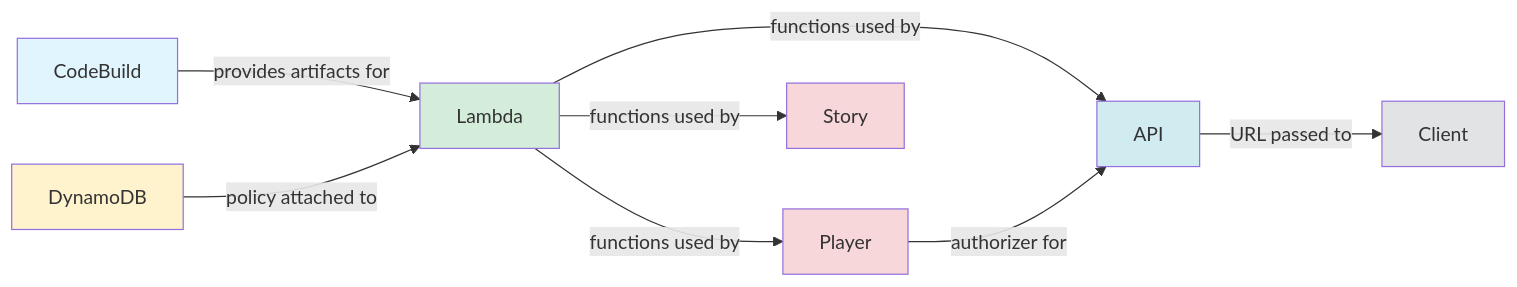
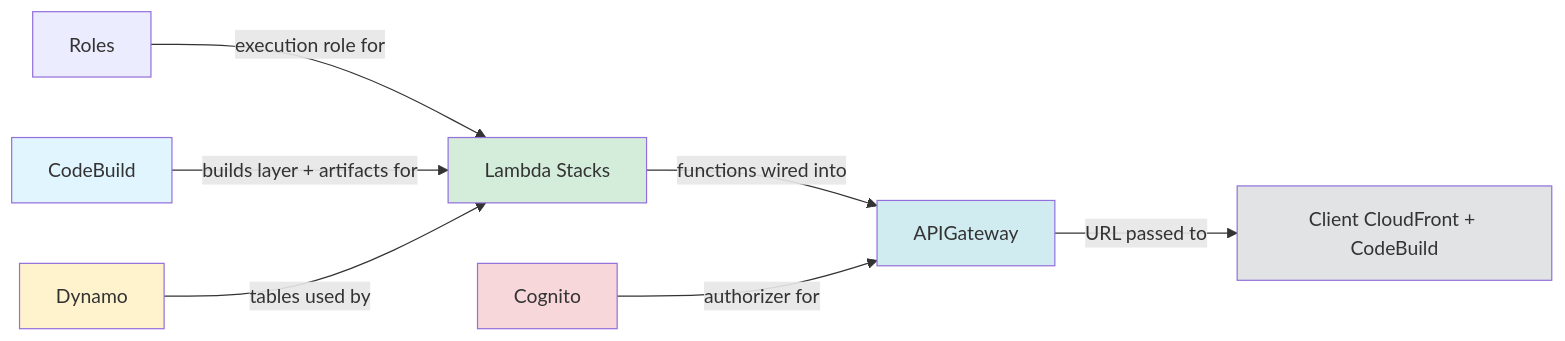
Before and after one commit to darkrelics/eidolon-engine: the sixth of 6 diagrams in documentation/architecture.md, drawn with Mermaid. The commit also changed other lines of this file and 22 other files, not shown here.

````diff
--- a/documentation/architecture.md
+++ b/documentation/architecture.md
@@ -500,18 +508,16 @@
 ```mermaid
 graph LR
-    CodeBuild -->|provides artifacts for| Lambda
-    DynamoDB -->|policy attached to| Lambda
-    Lambda -->|functions used by| Player
-    Lambda -->|functions used by| Story
-    Lambda -->|functions used by| API
-    Player -->|authorizer for| API
-    API -->|URL passed to| Client
+    Roles -->|execution role for| LambdaStacks[Lambda Stacks]
+    CodeBuild -->|builds layer + artifacts for| LambdaStacks
+    Dynamo -->|tables used by| LambdaStacks
+    LambdaStacks -->|functions wired into| APIGateway
+    Cognito -->|authorizer for| APIGateway
+    APIGateway -->|URL passed to| ClientBuild[Client CloudFront + CodeBuild]
 
     style CodeBuild fill:#e1f5ff
-    style DynamoDB fill:#fff3cd
-    style Lambda fill:#d4edda
-    style Player fill:#f8d7da
-    style Story fill:#f8d7da
-    style API fill:#d1ecf1
-    style Client fill:#e2e3e5
+    style Dynamo fill:#fff3cd
+    style LambdaStacks fill:#d4edda
+    style Cognito fill:#f8d7da
+    style APIGateway fill:#d1ecf1
+    style ClientBuild fill:#e2e3e5
 ```
````
